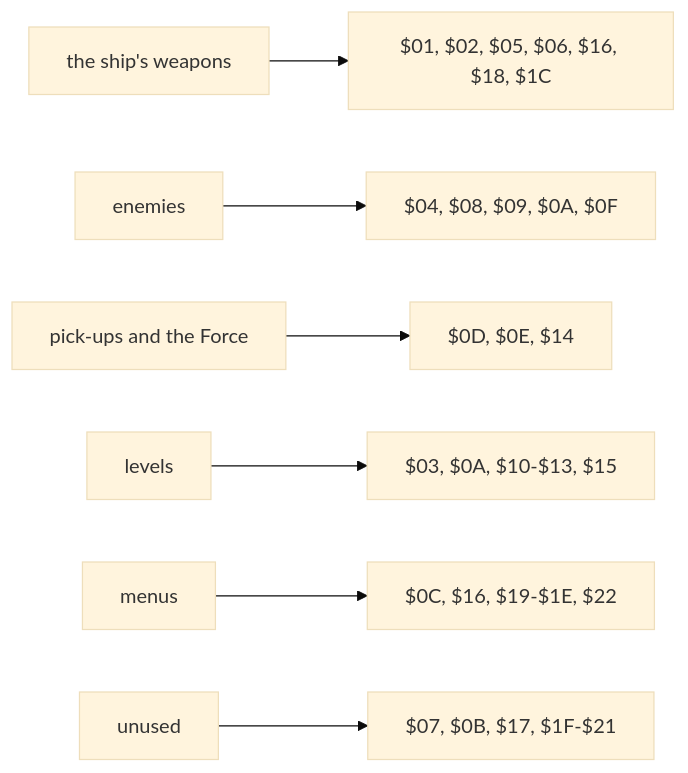
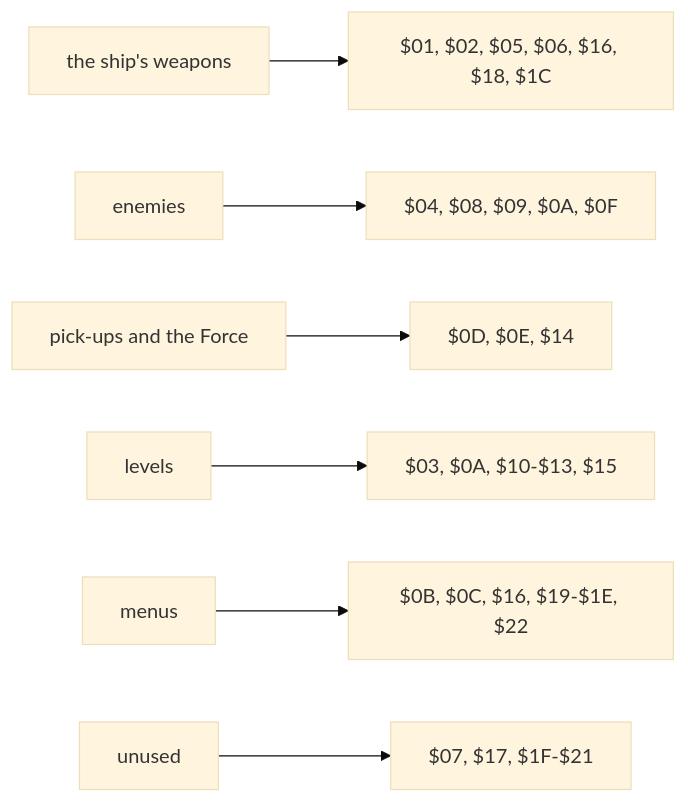
One commit to alfishe/unrealng-reverse-cases changed the seventh of 10 diagrams in games/r-type/docs/09-sound.md. Above: the diagram before and after it, drawn with Mermaid (base theme). The commit also changed other lines of this file and 31 other files, not shown here.

````diff
--- a/games/r-type/docs/09-sound.md
+++ b/games/r-type/docs/09-sound.md
@@ -689,9 +690,9 @@
 ```mermaid
 flowchart LR
     W["the ship's weapons"] --> A["$01, $02, $05, $06, $16, $18, $1C"]
     E["enemies"] --> B["$04, $08, $09, $0A, $0F"]
     P["pick-ups and the Force"] --> C["$0D, $0E, $14"]
     L["levels"] --> D["$03, $0A, $10-$13, $15"]
-    M["menus"] --> F["$0C, $16, $19-$1E, $22"]
-    U["unused"] --> G["$07, $0B, $17, $1F-$21"]
+    M["menus"] --> F["$0B, $0C, $16, $19-$1E, $22"]
+    U["unused"] --> G["$07, $17, $1F-$21"]
 ```
````
